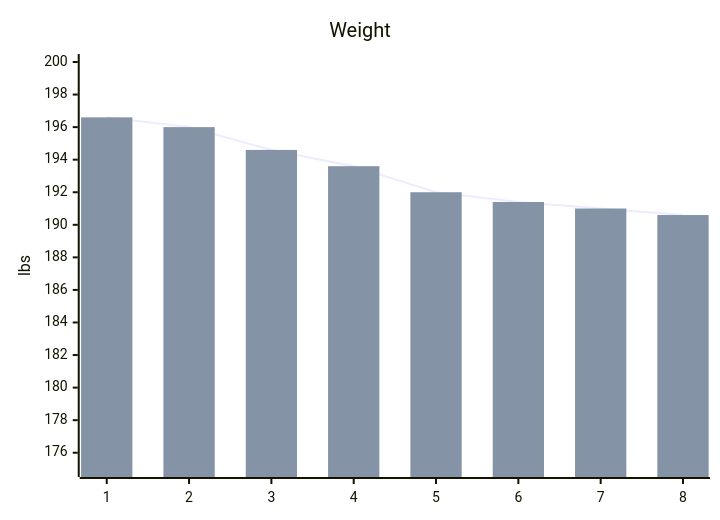
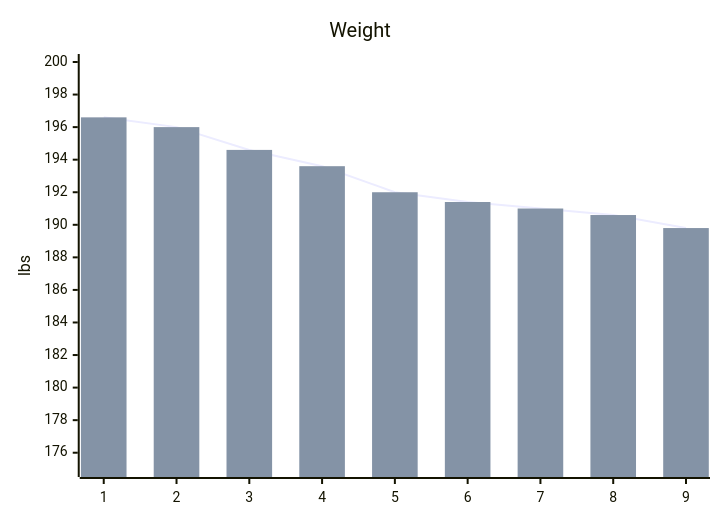
One commit to stevenelson35/stevenelson35.github.io changed the diagram in all_collections/_personal/goals.md. Above: the diagram before and after it, drawn with Mermaid. The commit also changed other lines of this file, not shown here.

```diff
--- a/all_collections/_personal/goals.md
+++ b/all_collections/_personal/goals.md
@@ -11,8 +11,8 @@
 <pre class="mermaid" >
   xychart-beta
     title "Weight" 
-    x-axis [1, 2, 3, 4, 5, 6, 7, 8] 
+    x-axis [1, 2, 3, 4, 5, 6, 7, 8, 9] 
     y-axis "lbs" 175 --> 200
-    line [196.6, 196.0, 194.6, 193.6, 192.0, 191.4, 191.0, 190.6]
-    bar [196.6, 196.0, 194.6, 193.6, 192.0, 191.4, 191.0, 190.6]
+    line [196.6, 196.0, 194.6, 193.6, 192.0, 191.4, 191.0, 190.6, 189.8]
+    bar [196.6, 196.0, 194.6, 193.6, 192.0, 191.4, 191.0, 190.6, 189.8]
 </pre>
```
